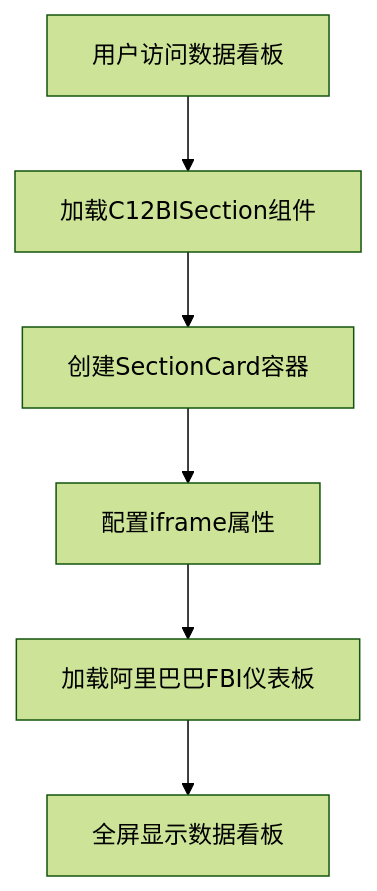
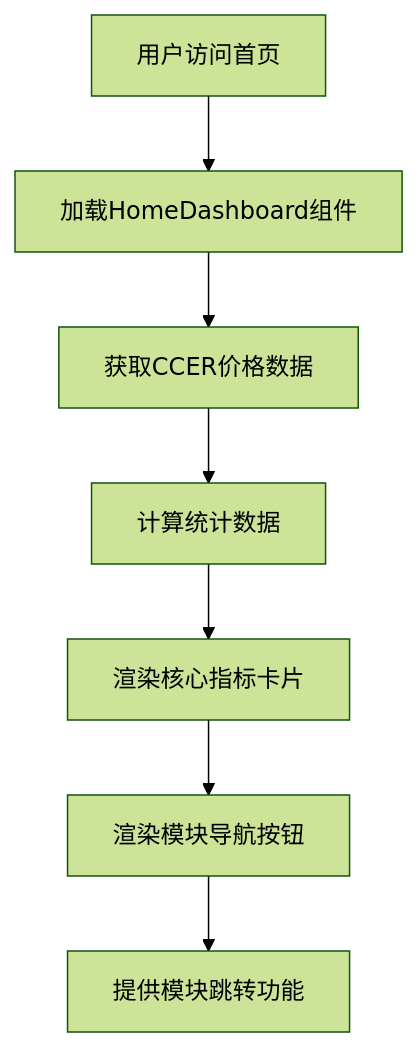
Before and after one commit to liangxuanliang-cmd/carbon-info-agent: the fourth of 12 diagrams in .qoder/repowiki/zh/content/功能模块/数据仪表板模块.md, drawn with Mermaid (forest theme). The commit also changed other lines of this file and 21 other files, not shown here.

````diff
--- a/.qoder/repowiki/zh/content/功能模块/数据仪表板模块.md
+++ b/.qoder/repowiki/zh/content/功能模块/数据仪表板模块.md
@@ -170,8 +184,9 @@
 ```mermaid
 flowchart TD
-A[用户访问数据看板] --> B[加载C12BISection组件]
-B --> C[创建SectionCard容器]
-C --> D[配置iframe属性]
-D --> E[加载阿里巴巴FBI仪表板]
-E --> F[全屏显示数据看板]
+A[用户访问首页] --> B[加载HomeDashboard组件]
+B --> C[获取CCER价格数据]
+C --> D[计算统计数据]
+D --> E[渲染核心指标卡片]
+E --> F[渲染模块导航按钮]
+F --> G[提供模块跳转功能]
 ```
````
